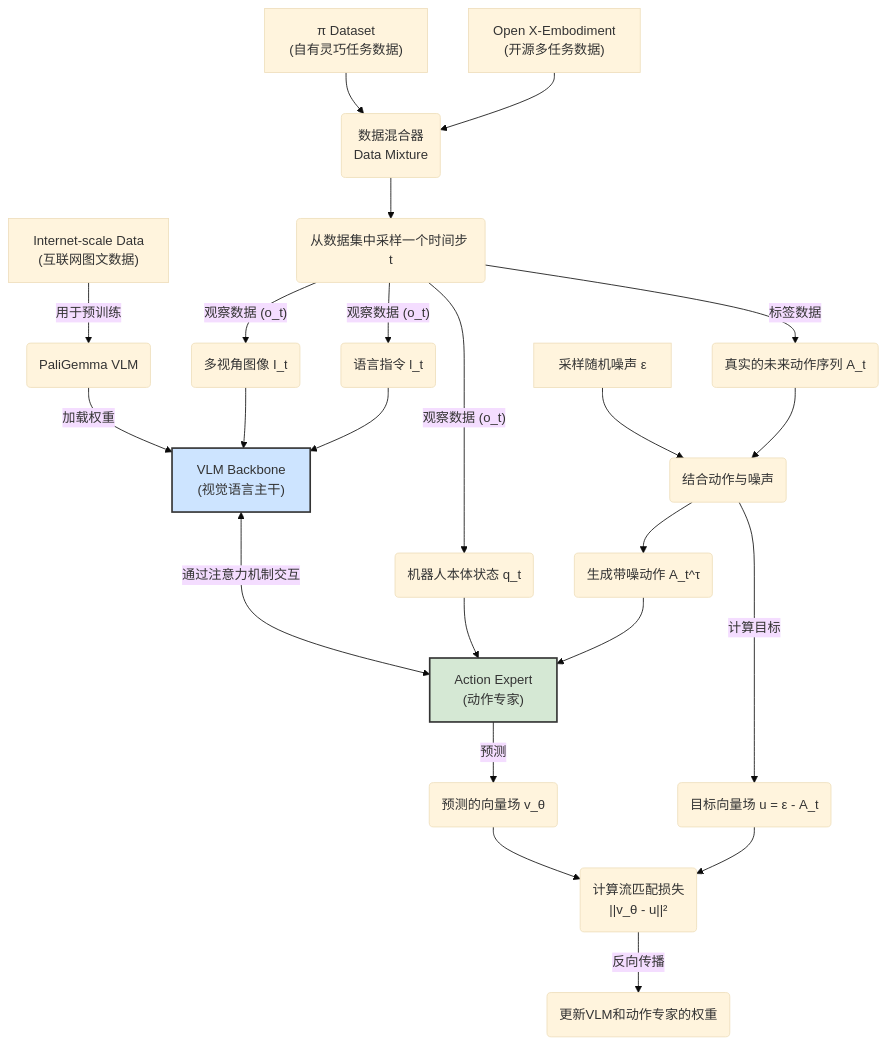
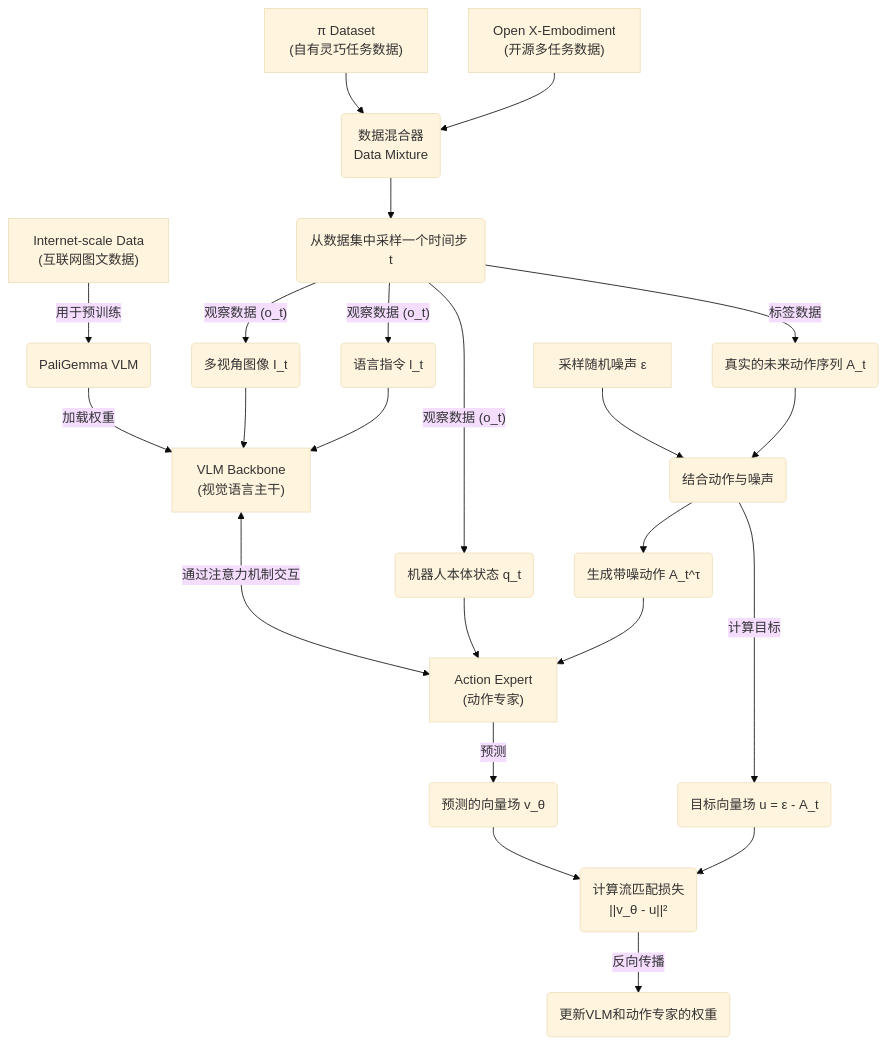
Before and after one commit to TropinoneH/knowledge_base: the second of 3 diagrams in knowledge/paper/pi0.md, drawn with Mermaid (base theme). The commit also changed other lines of this file and 1 other file, not shown here.

````diff
--- a/knowledge/paper/pi0.md
+++ b/knowledge/paper/pi0.md
@@ -80,56 +80,45 @@
 ```mermaid
 graph TD
     %% 定义样式
-    style VLM fill:#cde4ff,stroke:#333,stroke-width:2px
-    style AE fill:#d5e8d4,stroke:#333,stroke-width:2px
-
     %% 1. 数据来源与预处理
-
-        PD["π Dataset <br> (自有灵巧任务数据)"]:::Data
-        OD["Open X-Embodiment <br> (开源多任务数据)"]:::Data
-        ID["Internet-scale Data <br> (互联网图文数据)"]:::Data
-
-
+	PD["π Dataset <br> (自有灵巧任务数据)"]
+	OD["Open X-Embodiment <br> (开源多任务数据)"]
+	ID["Internet-scale Data <br> (互联网图文数据)"]
     %% 2. 模型初始化
-
-        ID -- "用于预训练" --> VLM_Init(PaliGemma VLM)
-        VLM_Init -- "加载权重" --> VLM["VLM Backbone <br> (视觉语言主干)"]:::VLM
-
-
+	ID -- "用于预训练" --> VLM_Init(PaliGemma VLM)
+	VLM_Init -- "加载权重" --> VLM["VLM Backbone <br> (视觉语言主干)"]
     %% 3. 训练样本构建
-
-        PD & OD --> DM("数据混合器 <br> Data Mixture")
-        DM --> Sampled("从数据集中采样一个时间步 t")
-        
-        Sampled -- "观察数据 (o_t)" --> Img("多视角图像 I_t")
-        Sampled -- "观察数据 (o_t)" --> Lang("语言指令 l_t")
-        Sampled -- "观察数据 (o_t)" --> Prop("机器人本体状态 q_t")
-        Sampled -- "标签数据" --> GT_Action("真实的未来动作序列 A_t")
-
+	PD & OD --> DM("数据混合器 <br> Data Mixture")
+	DM --> Sampled("从数据集中采样一个时间步 t")
+	
+	Sampled -- "观察数据 (o_t)" --> Img("多视角图像 I_t")
+	Sampled -- "观察数据 (o_t)" --> Lang("语言指令 l_t")
+	Sampled -- "观察数据 (o_t)" --> Prop("机器人本体状态 q_t")
+	Sampled -- "标签数据" --> GT_Action("真实的未来动作序列 A_t")
     
     %% 4. 流匹配过程
 
         GT_Action --> Noise_Proc
         Noise["采样随机噪声 ε"] --> Noise_Proc(""结合动作与噪声"")
         Noise_Proc --> Noisy_Action("生成带噪动作 A_t^τ")
         Noise_Proc -- "计算目标" --> Target_Field("目标向量场 u = ε - A_t")
 
 
     %% 5. 模型前向传播
 
         Img & Lang --> VLM
-        Prop --> AE["Action Expert <br> (动作专家)"]:::AE
+        Prop --> AE["Action Expert <br> (动作专家)"]
         Noisy_Action --> AE
 
         %% 两个模块通过自注意力机制交互
         VLM -- "通过注意力机制交互" <--> AE
         
-        AE -- "预测" --> Pred_Field("预测的向量场 v_θ"):::Output
+        AE -- "预测" --> Pred_Field("预测的向量场 v_θ")
 
 
     %% 6. 损失计算与更新
 
-        Pred_Field & Target_Field --> Loss("计算流匹配损失 <br> ||v_θ - u||²"):::Process
-        Loss -- "反向传播" --> Update(更新VLM和动作专家的权重):::Process
+        Pred_Field & Target_Field --> Loss("计算流匹配损失 <br> ||v_θ - u||²")
+        Loss -- "反向传播" --> Update(更新VLM和动作专家的权重)
 
 ```
````
